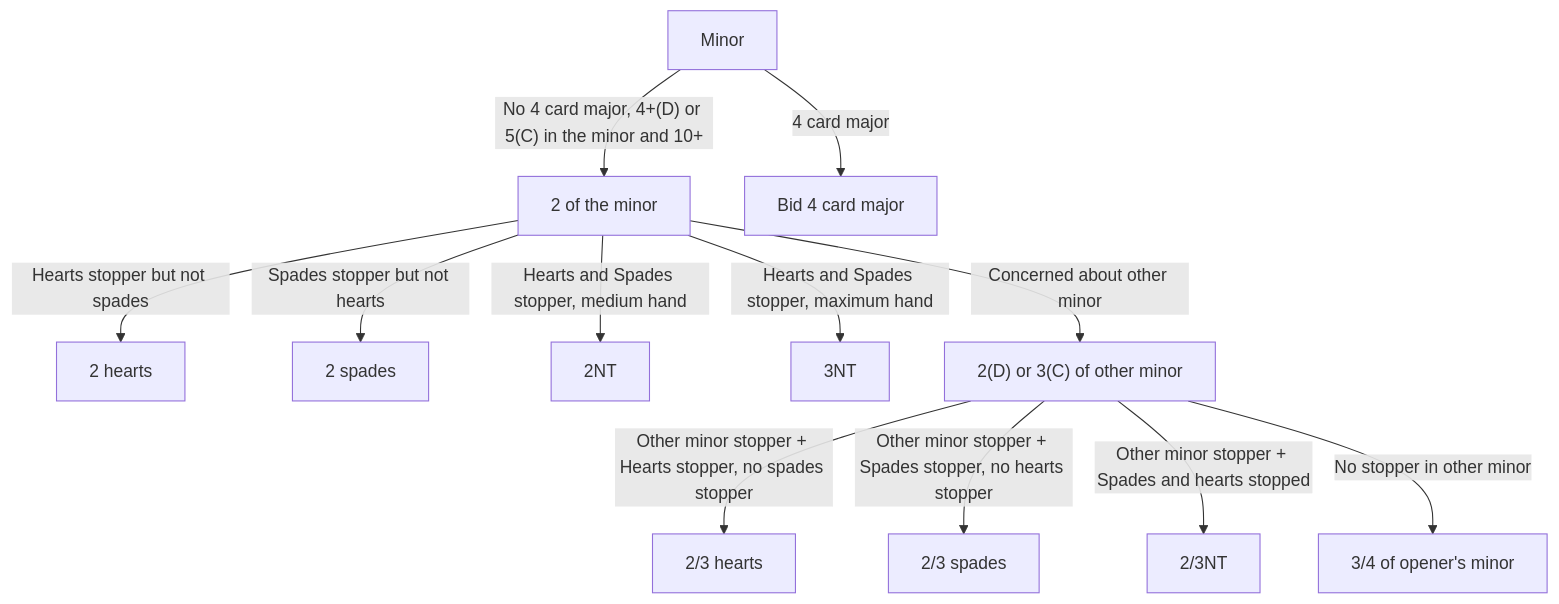
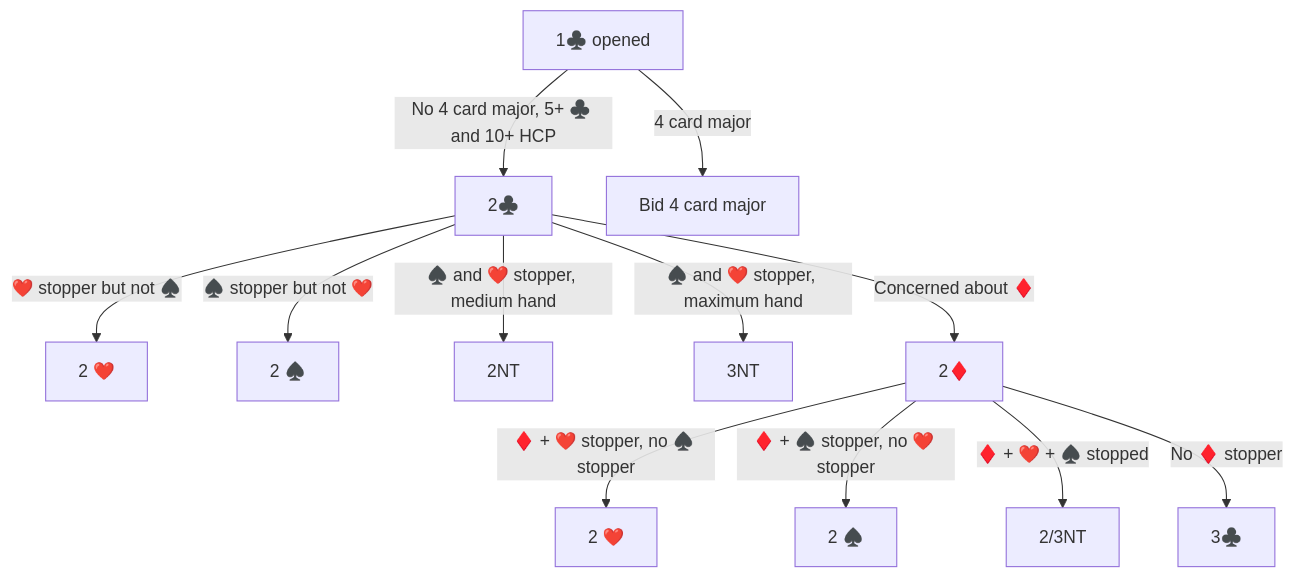
Before and after one commit to stephen-vakil/BridgeConventions: the first of 2 diagrams in InvertedMinors.md, drawn with Mermaid. The commit also changed other lines of this file, not shown here.

Commit message:
update to inverted minors

````diff
--- a/InvertedMinors.md
+++ b/InvertedMinors.md
@@ -8,16 +9,21 @@
 ```mermaid
 graph TD
-    A[Minor] -->|"No 4 card major, 4+(D) or 5(C) in the minor and 10+"| InvertedMinor[2 of the minor]
-    A[Minor] -->|4 card major| Bid4cardMajor[Bid 4 card major]
 
-    InvertedMinor -->|Hearts stopper but not spades| Inverted2H[2 hearts]
-    InvertedMinor -->|Spades stopper but not hearts| Inverted2S[2 spades]
-    InvertedMinor -->|Hearts and Spades stopper, medium hand| Inverted2NT[2NT]
-    InvertedMinor -->|Hearts and Spades stopper, maximum hand| Inverted3NT[3NT]
-    InvertedMinor -->|Concerned about other minor| InvertedOtherMinor["2(D) or 3(C) of other minor"]
+%% Definitions
+    OpenMinor["1♣️ opened"]
+    InvertedMinor["2♣️"]
+%% Bidding flow
+    OpenMinor -->|"No 4 card major, 5+ ♣️ and 10+ HCP"| InvertedMinor
+    OpenMinor -->|4 card major| Bid4cardMajor[Bid 4 card major]
 
-    InvertedOtherMinor -->|Other minor stopper + Hearts stopper, no spades stopper| InvertedOtherMinor2H[2/3 hearts]
-    InvertedOtherMinor -->|Other minor stopper + Spades stopper, no hearts stopper| InvertedOtherMinor2S[2/3 spades]
-    InvertedOtherMinor -->|Other minor stopper + Spades and hearts stopped| InvertedOtherMinor2N[2/3NT]
-    InvertedOtherMinor -->|No stopper in other minor| InvertedOtherMinorNoOtherMinor[3/4 of opener's minor]
+    InvertedMinor -->|❤️ stopper but not ♠️| Inverted2H[2 ❤️]
+    InvertedMinor -->|♠️ stopper but not ❤️| Inverted2S[2 ♠️]
+    InvertedMinor -->|♠️ and ❤️ stopper, medium hand| Inverted2NT[2NT]
+    InvertedMinor -->|♠️ and ❤️ stopper, maximum hand| Inverted3NT[3NT]
+    InvertedMinor -->|Concerned about ♦️| InvertedOtherMinor["2♦️"]
+
+    InvertedOtherMinor -->|♦️ + ❤️ stopper, no ♠️ stopper| InvertedOtherMinor2H[2 ❤️]
+    InvertedOtherMinor -->|♦️ + ♠️ stopper, no ❤️ stopper| InvertedOtherMinor2S[2 ♠️]
+    InvertedOtherMinor -->|♦️ + ❤️ + ♠️ stopped| InvertedOtherMinor2N[2/3NT]
+    InvertedOtherMinor -->|No ♦️ stopper| InvertedOtherMinorNoOtherMinor[3♣️]
 ```
````
